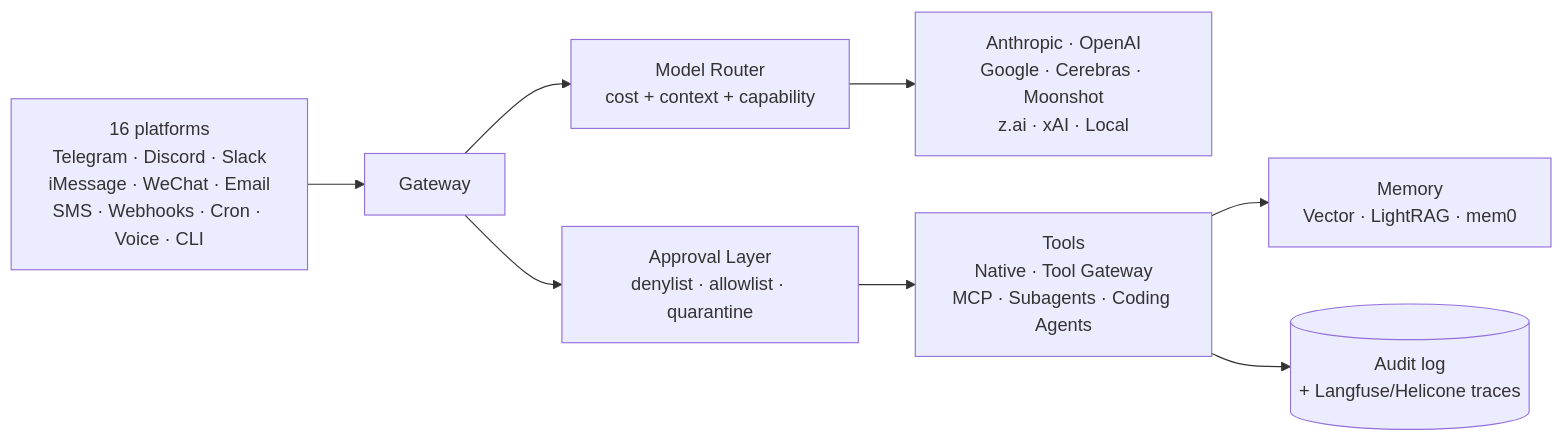
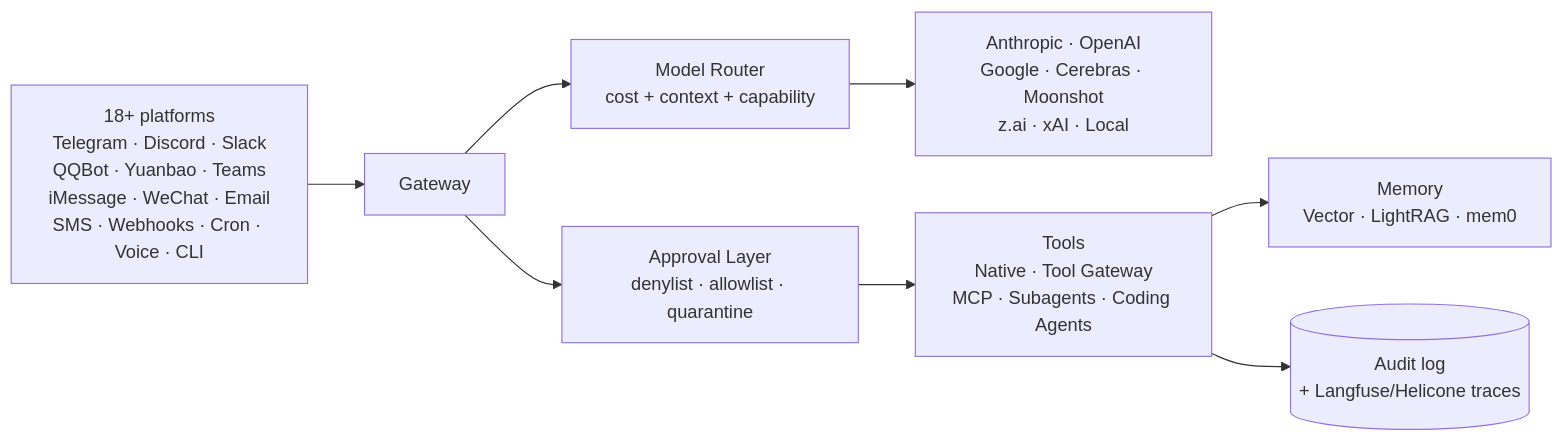
Before and after one commit to OnlyTerp/hermes-optimization-guide: the diagram in README.md, drawn with Mermaid. The commit also changed other lines of this file and 36 other files, not shown here.

````diff
--- a/README.md
+++ b/README.md
@@ -64,10 +64,10 @@
 ```mermaid
 flowchart LR
-  Inputs[16 platforms<br/>Telegram · Discord · Slack<br/>iMessage · WeChat · Email<br/>SMS · Webhooks · Cron · Voice · CLI] --> Gateway
+  Inputs[18+ platforms<br/>Telegram · Discord · Slack<br/>QQBot · Yuanbao · Teams<br/>iMessage · WeChat · Email<br/>SMS · Webhooks · Cron · Voice · CLI] --> Gateway
   Gateway --> Router[Model Router<br/>cost + context + capability]
   Router --> Providers[Anthropic · OpenAI<br/>Google · Cerebras · Moonshot<br/>z.ai · xAI · Local]
   Gateway --> Approval[Approval Layer<br/>denylist · allowlist · quarantine]
   Approval --> Tools[Tools<br/>Native · Tool Gateway<br/>MCP · Subagents · Coding Agents]
   Tools --> Memory[Memory<br/>Vector · LightRAG · mem0]
   Tools --> Logs[(Audit log<br/>+ Langfuse/Helicone traces)]
 ```
````
